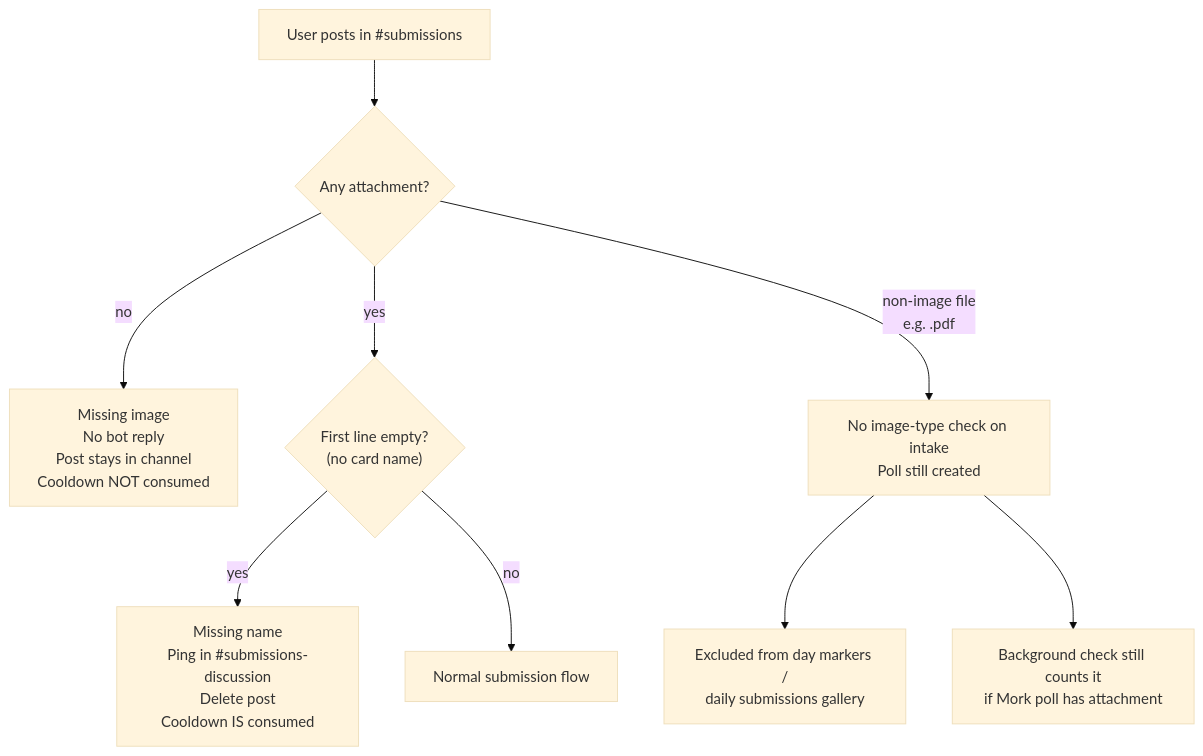
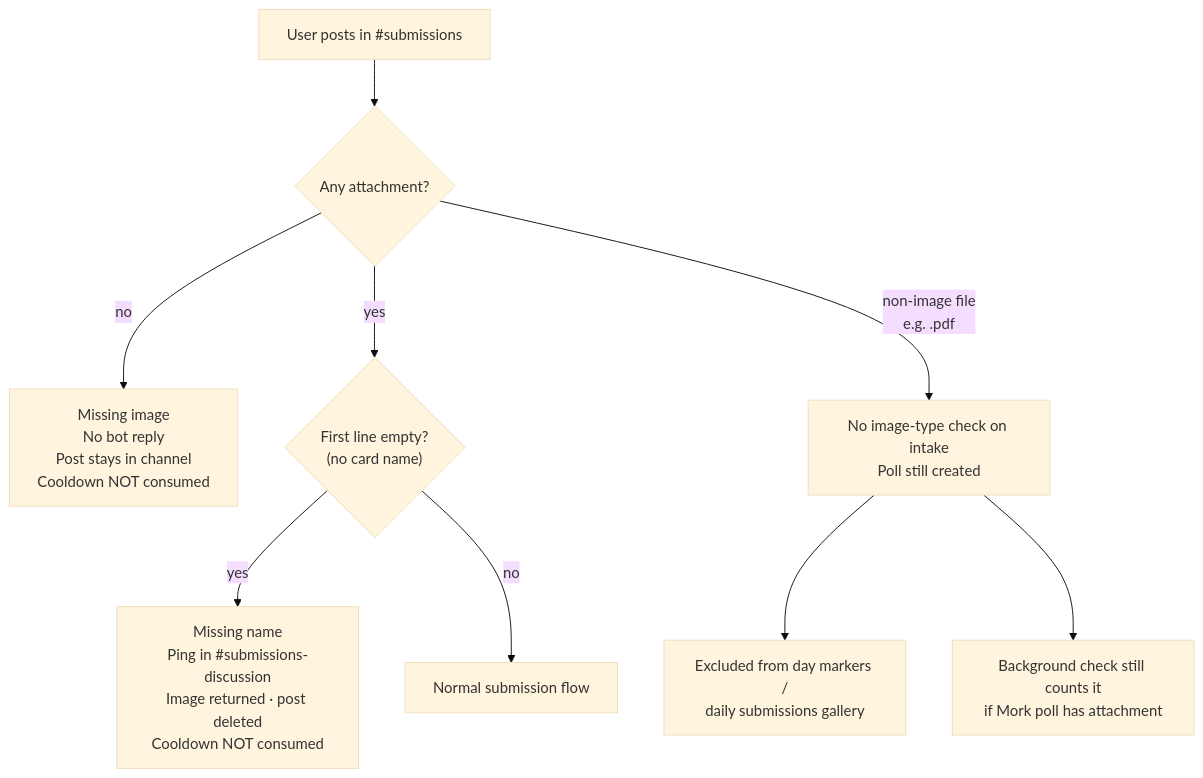
One commit to bones-bones/mork changed the second of 6 diagrams in docs/card-flows/submissions.md. Above: the diagram before and after it, drawn with Mermaid (base theme). The commit also changed other lines of this file and 3 other files, not shown here.

````diff
--- a/docs/card-flows/submissions.md
+++ b/docs/card-flows/submissions.md
@@ -48,13 +48,13 @@
 ```mermaid
 flowchart TD
   POST["User posts in #submissions"] --> A{"Any attachment?"}
 
   A -->|no| MI["Missing image<br/>No bot reply<br/>Post stays in channel<br/>Cooldown NOT consumed"]
   A -->|yes| B{"First line empty?<br/>(no card name)"}
-  B -->|yes| NN["Missing name<br/>Ping in #submissions-discussion<br/>Delete post<br/>Cooldown IS consumed"]
+  B -->|yes| NN["Missing name<br/>Ping in #submissions-discussion<br/>Image returned · post deleted<br/>Cooldown NOT consumed"]
   B -->|no| OK["Normal submission flow"]
 
   A -->|non-image file<br/>e.g. .pdf| NI["No image-type check on intake<br/>Poll still created"]
   NI --> GAL["Excluded from day markers /<br/>daily submissions gallery"]
   NI --> CHK["Background check still counts it<br/>if Mork poll has attachment"]
 ```
````
